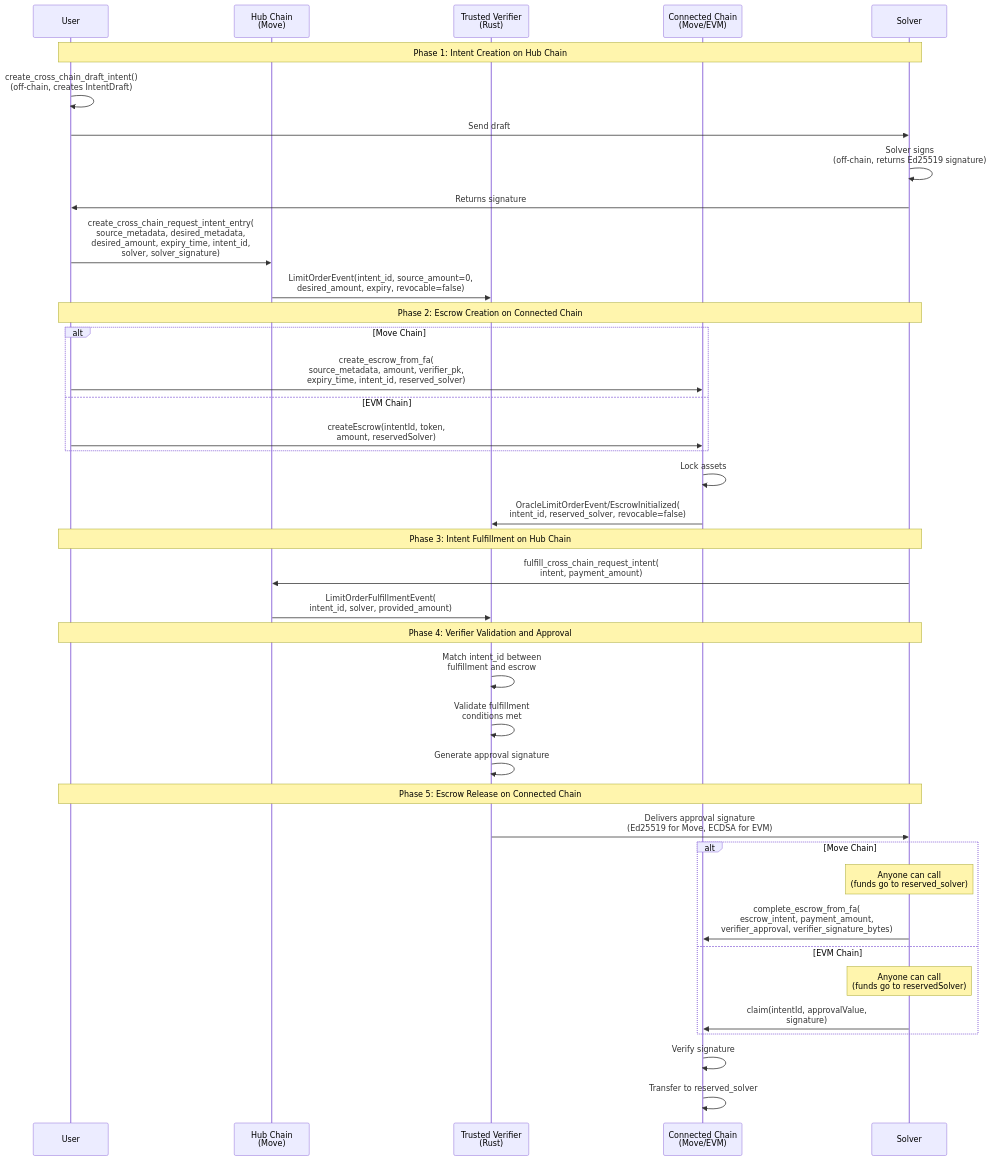
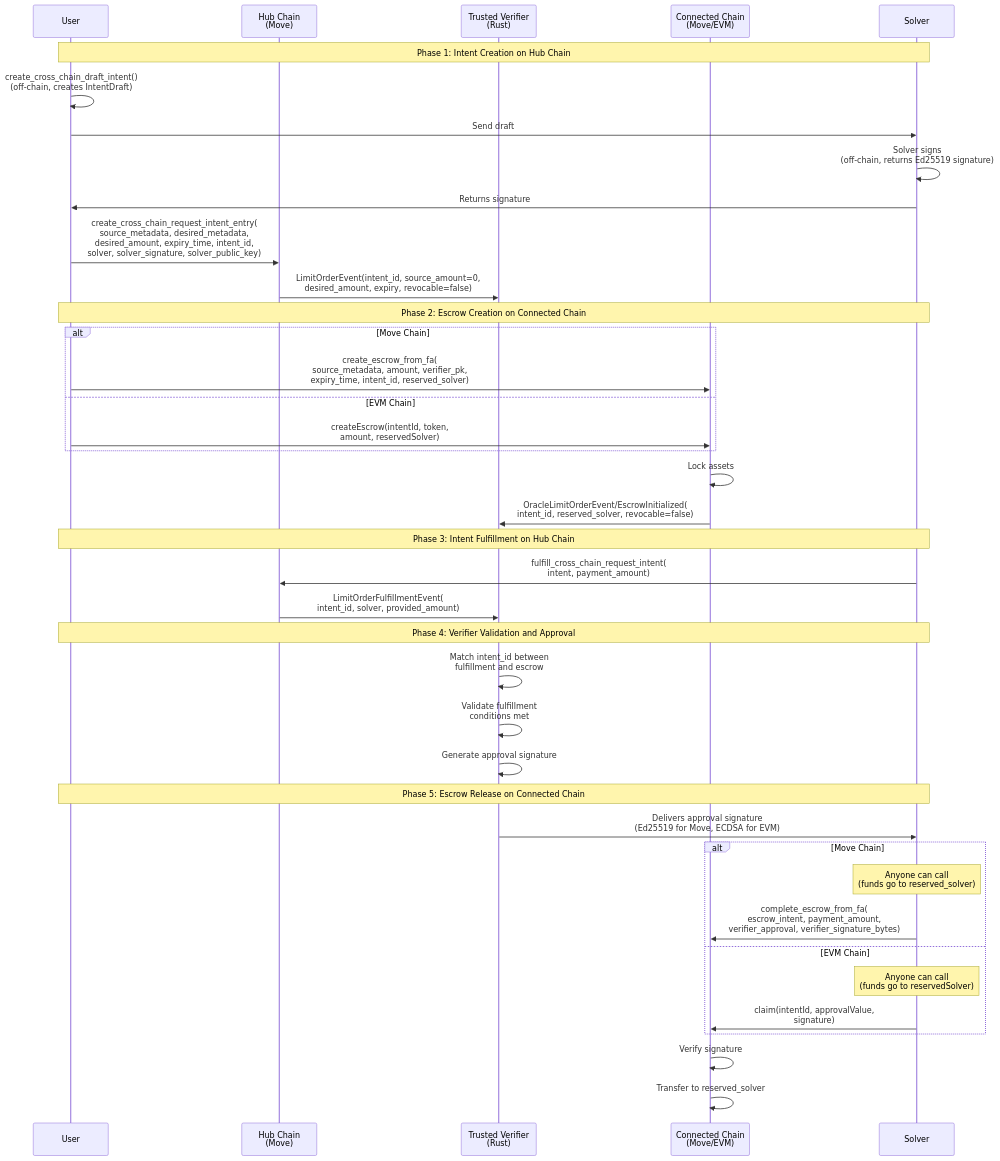
One commit to movementlabsxyz/intent-framework changed the first of 2 diagrams in docs/protocol.md. Above: the diagram before and after it, drawn with Mermaid. The commit also changed other lines of this file and 13 other files, not shown here.

First line of the commit message:
fix: support new Aptos authentication key format for signature verification

````diff
--- a/docs/protocol.md
+++ b/docs/protocol.md
@@ -29,46 +29,46 @@
 ```mermaid
 sequenceDiagram
     participant User
     participant Hub as Hub Chain<br/>(Move)
     participant Verifier as Trusted Verifier<br/>(Rust)
     participant Connected as Connected Chain<br/>(Move/EVM)
     participant Solver
 
     Note over User,Solver: Phase 1: Intent Creation on Hub Chain
     User->>User: create_cross_chain_draft_intent()<br/>(off-chain, creates IntentDraft)
     User->>Solver: Send draft
     Solver->>Solver: Solver signs<br/>(off-chain, returns Ed25519 signature)
     Solver->>User: Returns signature
-    User->>Hub: create_cross_chain_request_intent_entry(<br/>source_metadata, desired_metadata,<br/>desired_amount, expiry_time, intent_id,<br/>solver, solver_signature)
+    User->>Hub: create_cross_chain_request_intent_entry(<br/>source_metadata, desired_metadata,<br/>desired_amount, expiry_time, intent_id,<br/>solver, solver_signature, solver_public_key)
     Hub->>Verifier: LimitOrderEvent(intent_id, source_amount=0,<br/>desired_amount, expiry, revocable=false)
 
     Note over User,Solver: Phase 2: Escrow Creation on Connected Chain
     alt Move Chain
         User->>Connected: create_escrow_from_fa(<br/>source_metadata, amount, verifier_pk,<br/>expiry_time, intent_id, reserved_solver)
     else EVM Chain
         User->>Connected: createEscrow(intentId, token,<br/>amount, reservedSolver)
     end
     Connected->>Connected: Lock assets
     Connected->>Verifier: OracleLimitOrderEvent/EscrowInitialized(<br/>intent_id, reserved_solver, revocable=false)
 
     Note over User,Solver: Phase 3: Intent Fulfillment on Hub Chain
     Solver->>Hub: fulfill_cross_chain_request_intent(<br/>intent, payment_amount)
     Hub->>Verifier: LimitOrderFulfillmentEvent(<br/>intent_id, solver, provided_amount)
 
     Note over User,Solver: Phase 4: Verifier Validation and Approval
     Verifier->>Verifier: Match intent_id between<br/>fulfillment and escrow
     Verifier->>Verifier: Validate fulfillment<br/>conditions met
     Verifier->>Verifier: Generate approval signature
 
     Note over User,Solver: Phase 5: Escrow Release on Connected Chain
     Verifier->>Solver: Delivers approval signature<br/>(Ed25519 for Move, ECDSA for EVM)
     alt Move Chain
         Note over Solver: Anyone can call<br/>(funds go to reserved_solver)
         Solver->>Connected: complete_escrow_from_fa(<br/>escrow_intent, payment_amount,<br/>verifier_approval, verifier_signature_bytes)
     else EVM Chain
         Note over Solver: Anyone can call<br/>(funds go to reservedSolver)
         Solver->>Connected: claim(intentId, approvalValue,<br/>signature)
     end
     Connected->>Connected: Verify signature
     Connected->>Connected: Transfer to reserved_solver
 ```
````
